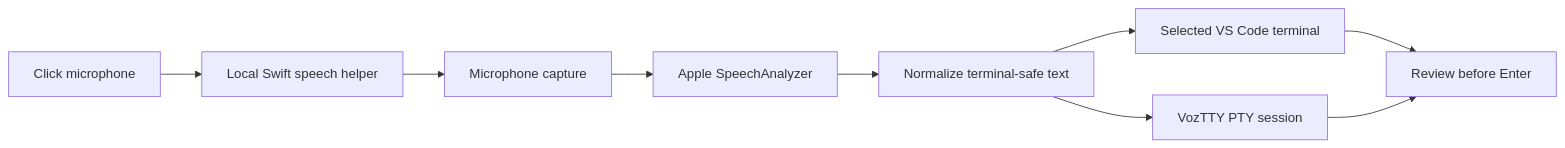
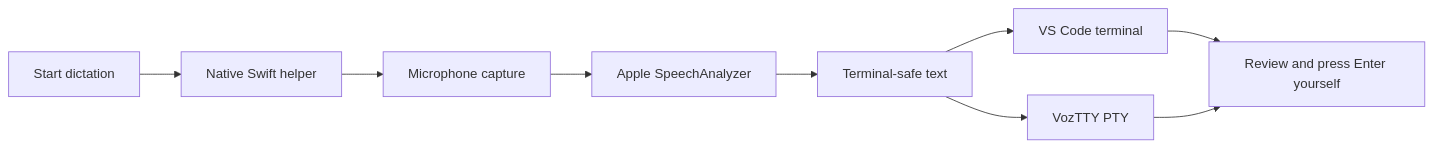
Before and after one commit to ricdanyalgil/VozTTY: the diagram in README.md, drawn with Mermaid. The commit also changed other lines of this file and 16 other files, not shown here.

````diff
--- a/README.md
+++ b/README.md
@@ -110,11 +95,11 @@
 ```mermaid
 flowchart LR
-    A[Click microphone] --> B[Local Swift speech helper]
+    A[Start dictation] --> B[Native Swift helper]
     B --> C[Microphone capture]
     C --> D[Apple SpeechAnalyzer]
-    D --> E[Normalize terminal-safe text]
-    E --> F[Selected VS Code terminal]
-    E --> G[VozTTY PTY session]
-    F --> H[Review before Enter]
+    D --> E[Terminal-safe text]
+    E --> F[VS Code terminal]
+    E --> G[VozTTY PTY]
+    F --> H[Review and press Enter yourself]
     G --> H
 ```
````
